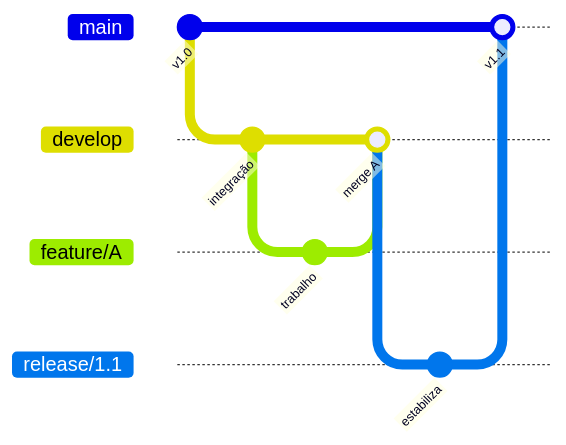
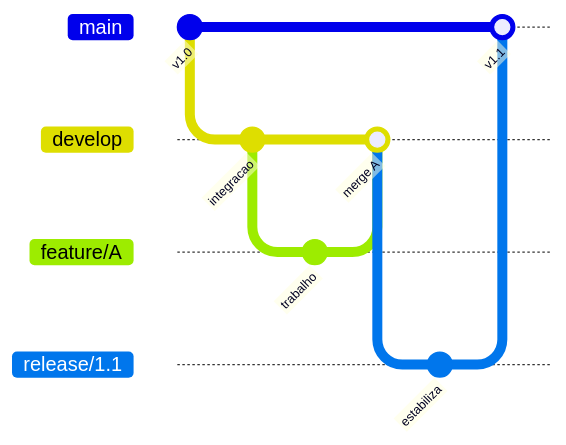
One commit to BerniloBernardo-boot/Git-e-GitHub changed the first of 2 diagrams in 08-Workflows-Profissionais/01-git-flow-github-flow-trunk-based.md. Above: the diagram before and after it, drawn with Mermaid. The commit also changed other lines of this file and 27 other files, not shown here.

````diff
--- a/08-Workflows-Profissionais/01-git-flow-github-flow-trunk-based.md
+++ b/08-Workflows-Profissionais/01-git-flow-github-flow-trunk-based.md
@@ -14,14 +21,14 @@
 ```mermaid
 gitGraph
     commit id: "v1.0"
     branch develop
-    commit id: "integração"
+    commit id: "integracao"
     branch feature/A
     commit id: "trabalho"
     checkout develop
     merge feature/A id: "merge A"
     branch release/1.1
     commit id: "estabiliza"
     checkout main
     merge release/1.1 id: "v1.1"
 ```
````
